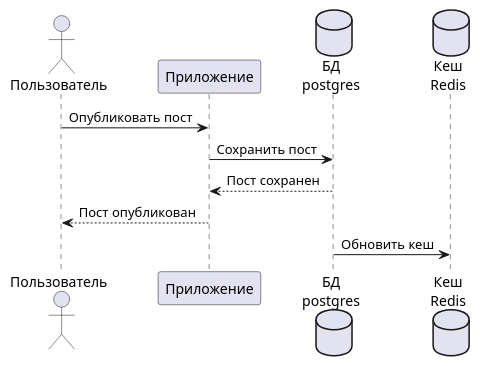
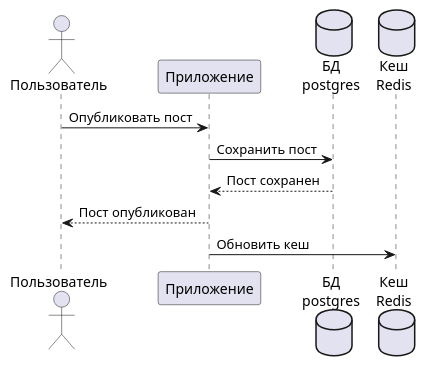
One commit to DamirAbd/HLA-HW1 changed the diagram in HW4/proc_createPost.puml. Above: the diagram before and after it, drawn with PlantUML. The commit also changed 9 other files, not shown here.

```diff
--- a/HW4/proc_createPost.puml
+++ b/HW4/proc_createPost.puml
@@ -1,16 +1,15 @@
 @startuml
 
 actor Пользователь as user
 participant Приложение as app
 database "БД\npostgres" as db
 database "Кеш\nRedis" as loc
 
 
 user -> app: Опубликовать пост
 app -> db: Сохранить пост
 db --> app: Пост сохранен
 app --> user: Пост опубликован 
-
-db -> loc: Обновить кеш
+app -> loc: Обновить кеш
 
 @enduml
```
